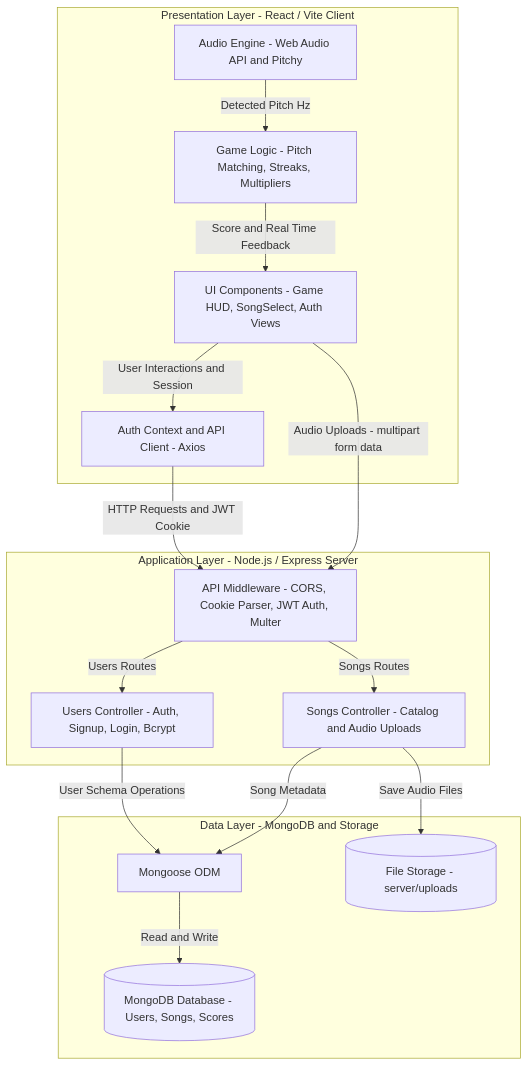
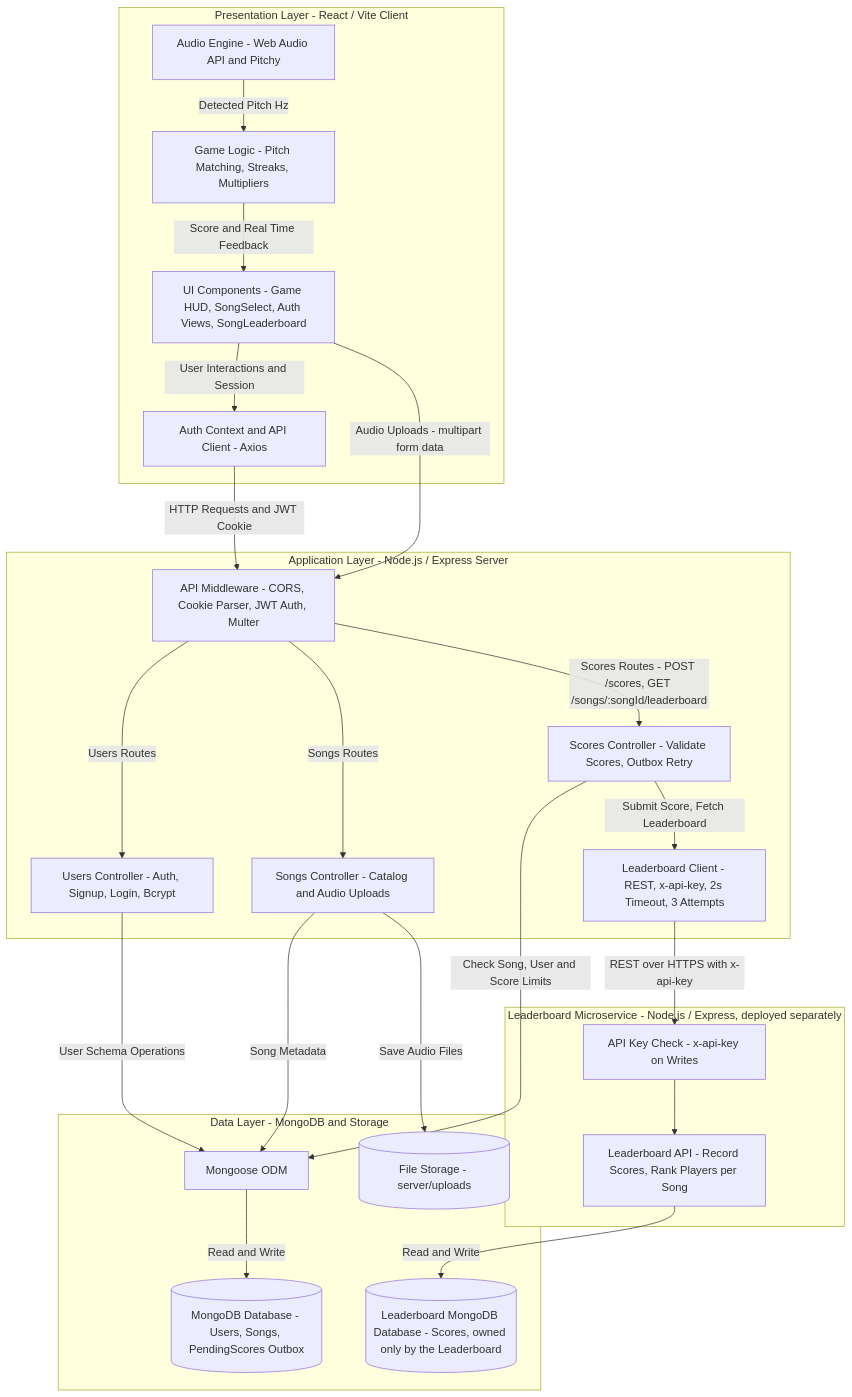
The diagram in docs/architecture.md (CSCI-40500-77100-Fall-2026/se-project-group-3), drawn with Mermaid before and after one commit. The commit also changed other lines of this file, not shown here.

Commit message:
Updated architecture.md with leaderboard microservice

````diff
--- a/docs/architecture.md
+++ b/docs/architecture.md
@@ -16,36 +16,51 @@
 ```mermaid
 graph TD
     subgraph Presentation["Presentation Layer - React / Vite Client"]
-        UI["UI Components - Game HUD, SongSelect, Auth Views"]
+        UI["UI Components - Game HUD, SongSelect, Auth Views, SongLeaderboard"]
         AudioEngine["Audio Engine - Web Audio API and Pitchy"]
         GameEngine["Game Logic - Pitch Matching, Streaks, Multipliers"]
         AuthClient["Auth Context and API Client - Axios"]
     end
 
     subgraph Application["Application Layer - Node.js / Express Server"]
         Middleware["API Middleware - CORS, Cookie Parser, JWT Auth, Multer"]
         UserController["Users Controller - Auth, Signup, Login, Bcrypt"]
         SongController["Songs Controller - Catalog and Audio Uploads"]
+        ScoresController["Scores Controller - Validate Scores, Outbox Retry"]
+        LeaderboardClient["Leaderboard Client - REST, x-api-key, 2s Timeout, 3 Attempts"]
+    end
+
+    subgraph Leaderboard["Leaderboard Microservice - Node.js / Express, deployed separately"]
+        LeaderboardAPI["Leaderboard API - Record Scores, Rank Players per Song"]
+        LeaderboardAuth["API Key Check - x-api-key on Writes"]
     end
 
     subgraph Data["Data Layer - MongoDB and Storage"]
         Mongoose["Mongoose ODM"]
-        MongoDB[("MongoDB Database - Users, Songs, Scores")]
+        MongoDB[("MongoDB Database - Users, Songs, PendingScores Outbox")]
         FileStorage[("File Storage - server/uploads")]
+        LeaderboardDB[("Leaderboard MongoDB Database - Scores, owned only by the Leaderboard")]
     end
 
     AudioEngine -->|Detected Pitch Hz| GameEngine
     GameEngine -->|Score and Real Time Feedback| UI
     UI -->|User Interactions and Session| AuthClient
 
     AuthClient -->|HTTP Requests and JWT Cookie| Middleware
     UI -->|Audio Uploads - multipart form data| Middleware
 
     Middleware -->|Users Routes| UserController
     Middleware -->|Songs Routes| SongController
+    Middleware -->|"Scores Routes - POST /scores, GET /songs/:songId/leaderboard"| ScoresController
+
+    ScoresController -->|Check Song, User and Score Limits| Mongoose
+    ScoresController -->|Submit Score, Fetch Leaderboard| LeaderboardClient
+    LeaderboardClient -->|"REST over HTTPS with x-api-key"| LeaderboardAuth
+    LeaderboardAuth --> LeaderboardAPI
+    LeaderboardAPI -->|Read and Write| LeaderboardDB
 
     UserController -->|User Schema Operations| Mongoose
     SongController -->|Song Metadata| Mongoose
     SongController -->|Save Audio Files| FileStorage
     Mongoose -->|Read and Write| MongoDB
 ```
````
